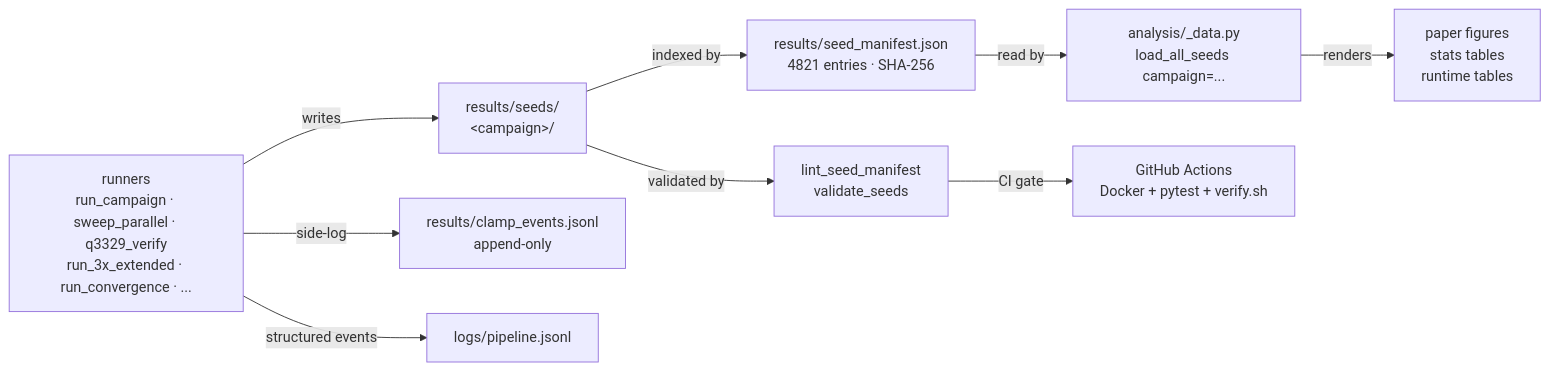
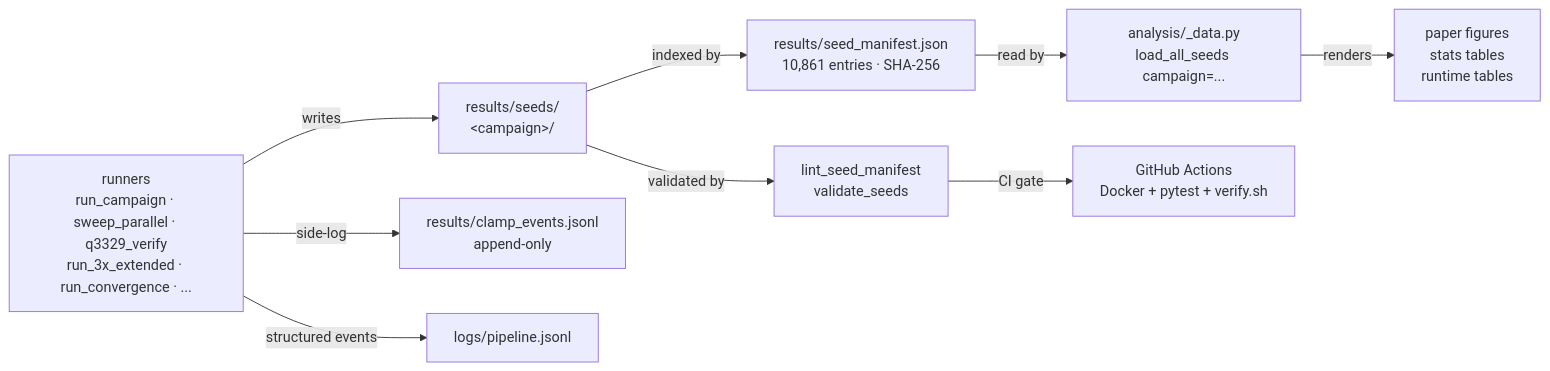
The diagram in README.md (BrendanChambersBourgeois/sdbkz-benchmark), drawn with Mermaid before and after one commit. The commit also changed other lines of this file and 3 other files, not shown here.

````diff
--- a/README.md
+++ b/README.md
@@ -68,11 +68,11 @@
 ```mermaid
 flowchart LR
   A[runners<br/>run_campaign · sweep_parallel · q3329_verify<br/>run_3x_extended · run_convergence · ...] -->|writes| B[results/seeds/<br/>&lt;campaign&gt;/]
-  B -->|indexed by| C[results/seed_manifest.json<br/>4821 entries · SHA-256]
+  B -->|indexed by| C[results/seed_manifest.json<br/>10,861 entries · SHA-256]
   C -->|read by| D[analysis/_data.py<br/>load_all_seeds campaign=...]
   D -->|renders| E[paper figures<br/>stats tables<br/>runtime tables]
   B -->|validated by| F[lint_seed_manifest<br/>validate_seeds]
   F -->|CI gate| G[GitHub Actions<br/>Docker + pytest + verify.sh]
   A -->|side-log| H[results/clamp_events.jsonl<br/>append-only]
   A -->|structured events| I[logs/pipeline.jsonl]
 ```
````
